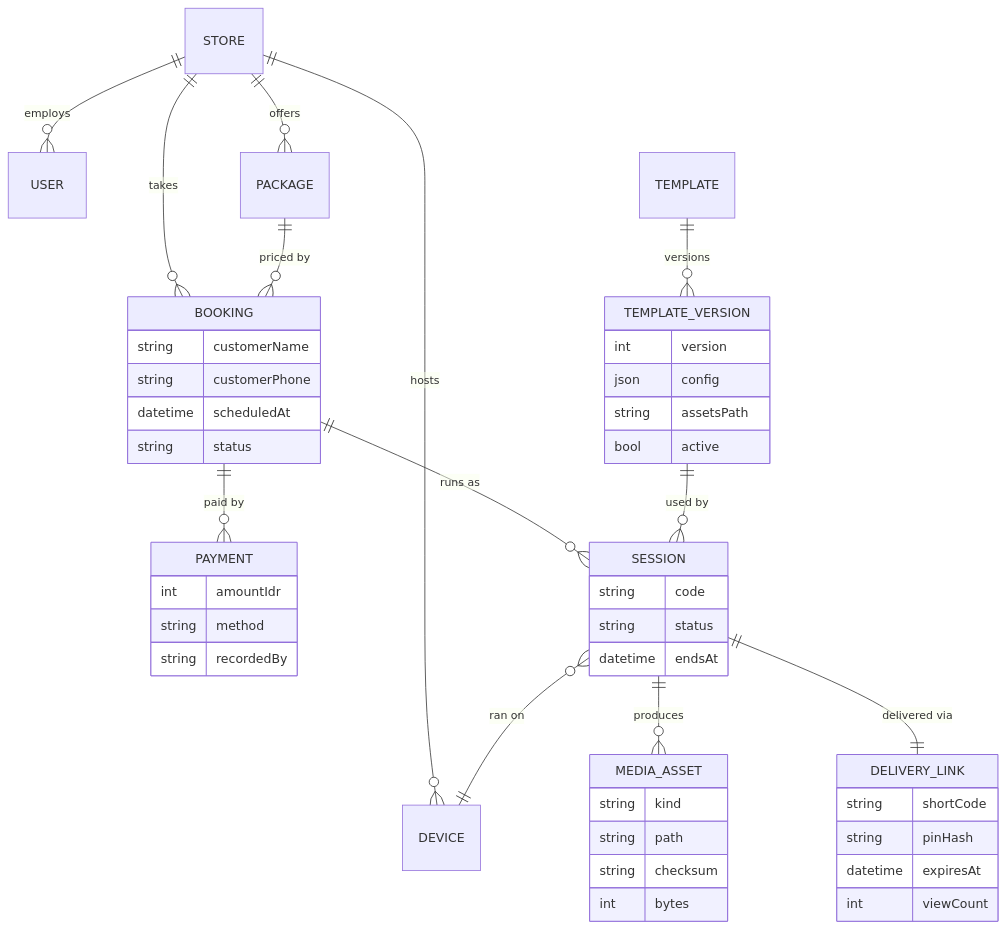
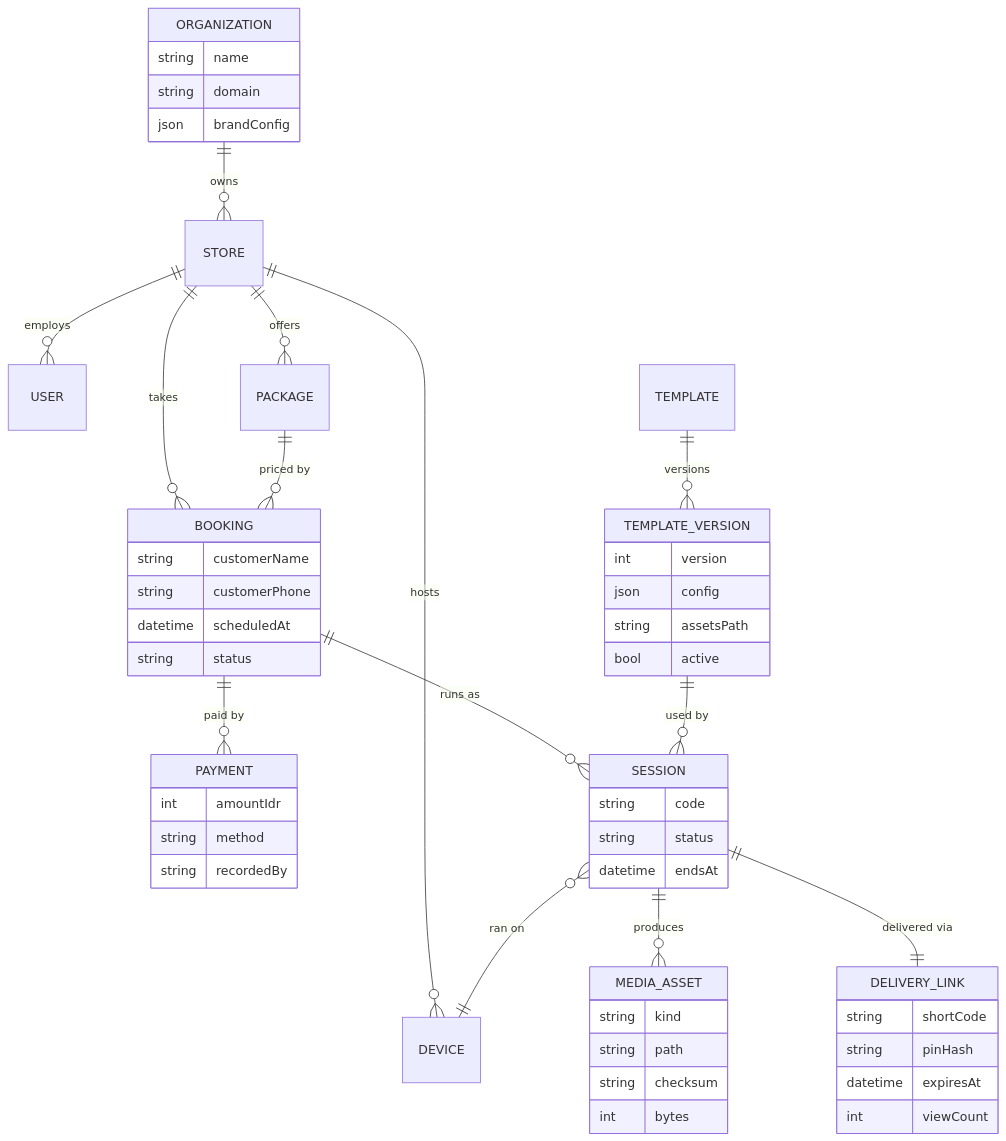
The fourth of 4 diagrams in docs/ARCHITECTURE.md (tokudev-id/photomob), drawn with Mermaid before and after one commit. The commit also changed other lines of this file and 3 other files, not shown here.

````diff
--- a/docs/ARCHITECTURE.md
+++ b/docs/ARCHITECTURE.md
@@ -231,22 +241,24 @@
 ```mermaid
 erDiagram
+    ORGANIZATION ||--o{ STORE : owns
     STORE ||--o{ USER : employs
     STORE ||--o{ DEVICE : hosts
     STORE ||--o{ PACKAGE : offers
     STORE ||--o{ BOOKING : takes
     BOOKING ||--o{ PAYMENT : "paid by"
     BOOKING ||--o{ SESSION : "runs as"
     PACKAGE ||--o{ BOOKING : "priced by"
     SESSION ||--o{ MEDIA_ASSET : produces
     SESSION ||--|| DELIVERY_LINK : "delivered via"
     SESSION }o--|| DEVICE : "ran on"
     TEMPLATE ||--o{ TEMPLATE_VERSION : versions
     TEMPLATE_VERSION ||--o{ SESSION : "used by"
 
+    ORGANIZATION { string name string domain json brandConfig }
     BOOKING { string customerName string customerPhone datetime scheduledAt string status }
     PAYMENT { int amountIdr string method string recordedBy }
     SESSION { string code string status datetime endsAt }
     MEDIA_ASSET { string kind string path string checksum int bytes }
     DELIVERY_LINK { string shortCode string pinHash datetime expiresAt int viewCount }
     TEMPLATE_VERSION { int version json config string assetsPath bool active }
 ```
````
